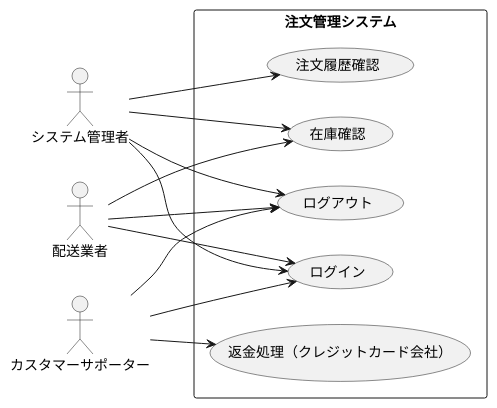
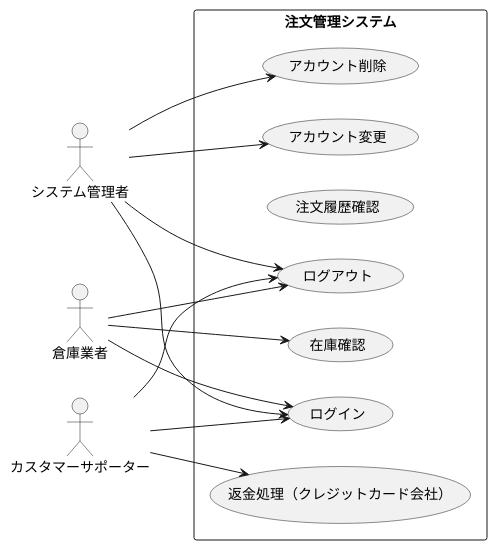
One commit to ko246/ohara_uml changed the diagram in group/3-3_総合演習1_BBショップ注文管理システム/ユースケース図/usecase_kanri.pu. Above: the diagram before and after it, drawn with PlantUML. The commit also changed 2 other files, not shown here.

```diff
--- a/group/3-3_総合演習1_BBショップ注文管理システム/ユースケース図/usecase_kanri.pu
+++ b/group/3-3_総合演習1_BBショップ注文管理システム/ユースケース図/usecase_kanri.pu
@@ -1,33 +1,35 @@
 @startuml 注文管理システム
 left to right direction
 
 ' アクター定義
 actor システム管理者
-actor 配送業者
+actor 倉庫業者
 actor カスタマーサポーター
 
 rectangle 注文管理システム {
   usecase "ログイン" as UC_Login
   usecase "ログアウト" as UC_Logout
   usecase "注文履歴確認" as UC_CheckHistory
   usecase "在庫確認" as UC_CheckStock
+  usecase "アカウント変更" as UC_UpdateAccount
+  usecase "アカウント削除" as UC_DeleteAccount
   usecase "返金処理（クレジットカード会社）" as UC_Refund
 }
 
 ' システム管理者のユースケース
 システム管理者 --> UC_Login
 システム管理者 --> UC_Logout
-システム管理者 --> UC_CheckHistory
-システム管理者 --> UC_CheckStock
+システム管理者 --> UC_UpdateAccount
+システム管理者 --> UC_DeleteAccount
 
 ' カスタマーサポーターのユースケース
 カスタマーサポーター --> UC_Login
 カスタマーサポーター --> UC_Logout
 カスタマーサポーター --> UC_Refund
 
 ' 配送業者のユースケース
-配送業者 --> UC_Login
-配送業者 --> UC_Logout
-配送業者 --> UC_CheckStock
+倉庫業者 --> UC_Login
+倉庫業者 --> UC_Logout
+倉庫業者 --> UC_CheckStock
 
 @enduml
```
